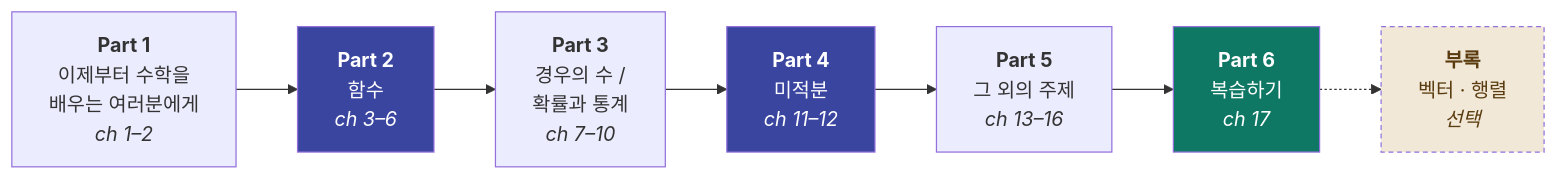
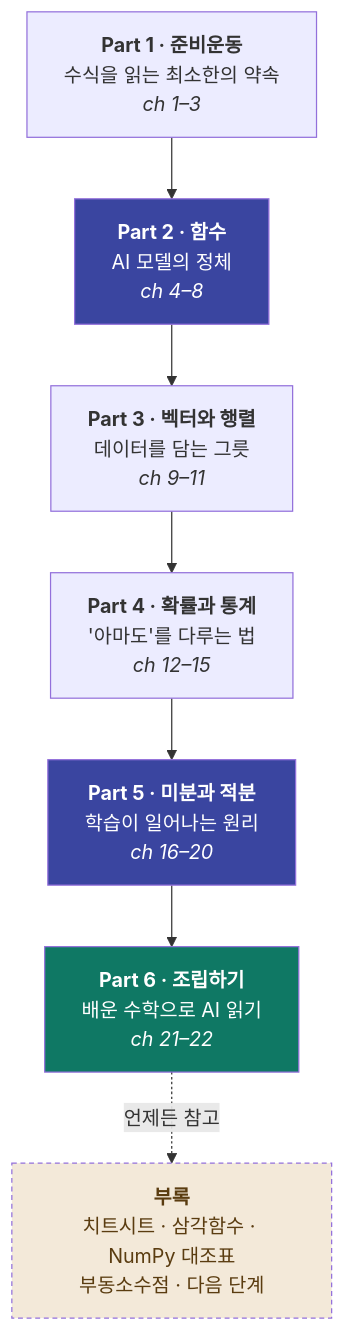
One commit to leehyunseok-tech/basicMathForAI changed the diagram in README.md. Above: the diagram before and after it, drawn with Mermaid. The commit also changed other lines of this file and 1 other file, not shown here.

````diff
--- a/README.md
+++ b/README.md
@@ -38,14 +44,18 @@
 ```mermaid
-flowchart LR
-    P1["<b>Part 1</b><br/>이제부터 수학을<br/>배우는 여러분에게<br/><i>ch 1–2</i>"] --> P2["<b>Part 2</b><br/>함수<br/><i>ch 3–6</i>"]
-    P2 --> P3["<b>Part 3</b><br/>경우의 수 /<br/>확률과 통계<br/><i>ch 7–10</i>"]
-    P3 --> P4["<b>Part 4</b><br/>미적분<br/><i>ch 11–12</i>"]
-    P4 --> P5["<b>Part 5</b><br/>그 외의 주제<br/><i>ch 13–16</i>"]
-    P5 --> P6["<b>Part 6</b><br/>복습하기<br/><i>ch 17</i>"]
-    P6 -.-> AP["<b>부록</b><br/>벡터 · 행렬<br/><i>선택</i>"]
+flowchart TD
+    P1["<b>Part 1 · 준비운동</b><br/>수식을 읽는 최소한의 약속<br/><i>ch 1–3</i>"]
+    P2["<b>Part 2 · 함수</b><br/>AI 모델의 정체<br/><i>ch 4–8</i>"]
+    P3["<b>Part 3 · 벡터와 행렬</b><br/>데이터를 담는 그릇<br/><i>ch 9–11</i>"]
+    P4["<b>Part 4 · 확률과 통계</b><br/>'아마도'를 다루는 법<br/><i>ch 12–15</i>"]
+    P5["<b>Part 5 · 미분과 적분</b><br/>학습이 일어나는 원리<br/><i>ch 16–20</i>"]
+    P6["<b>Part 6 · 조립하기</b><br/>배운 수학으로 AI 읽기<br/><i>ch 21–22</i>"]
+    AP["<b>부록</b><br/>치트시트 · 삼각함수 · NumPy 대조표<br/>부동소수점 · 다음 단계"]
+
+    P1 --> P2 --> P3 --> P4 --> P5 --> P6
+    P6 -.언제든 참고.-> AP
 
     style P2 fill:#3a45a0,color:#fff
-    style P4 fill:#3a45a0,color:#fff
+    style P5 fill:#3a45a0,color:#fff
     style P6 fill:#0f7864,color:#fff
-    style AP fill:#f2e8d8,color:#5a3c10,stroke-dasharray: 4 3
+    style AP fill:#f3e9d9,color:#5a3c10,stroke-dasharray: 4 3
 ```
````
